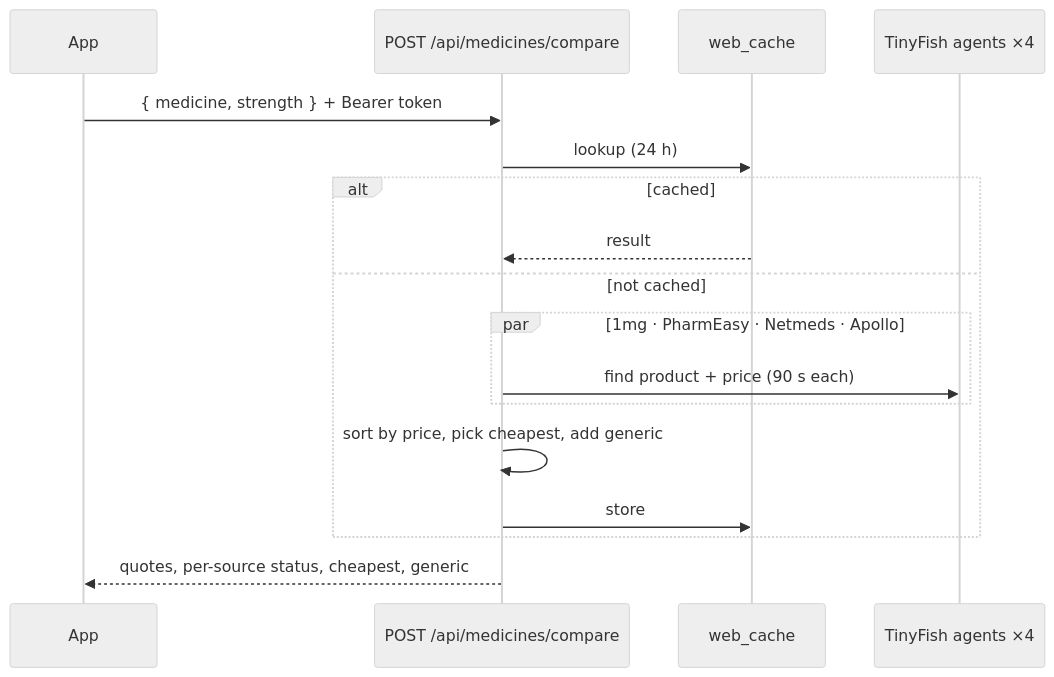
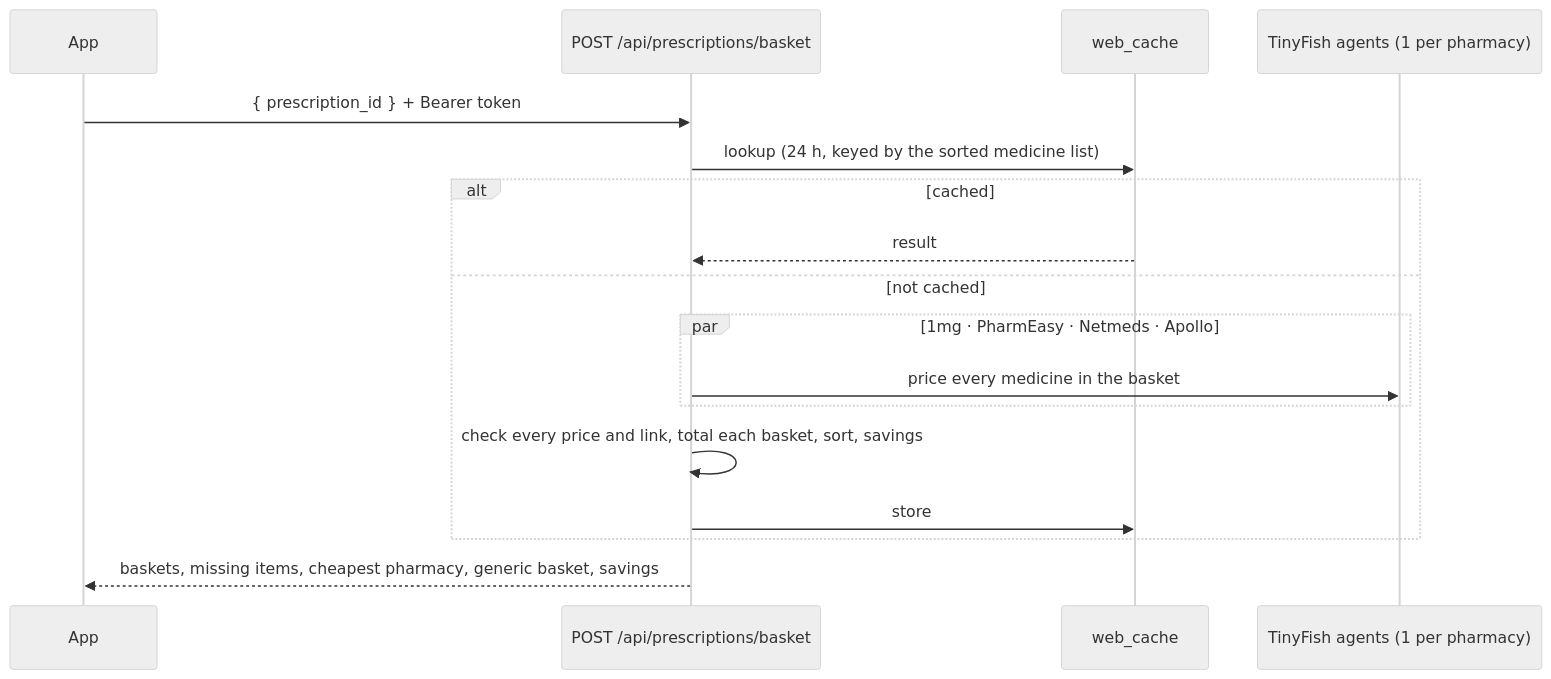
The second of 2 diagrams in ARCHITECTURE.md (AlicanAkyol/vyana), drawn with Mermaid (neutral theme) before and after one commit. The commit also changed other lines of this file and 2 other files, not shown here.

````diff
--- a/ARCHITECTURE.md
+++ b/ARCHITECTURE.md
@@ -68,19 +68,19 @@
 ```mermaid
 sequenceDiagram
   participant App
-  participant API as POST /api/medicines/compare
+  participant API as POST /api/prescriptions/basket
   participant Cache as web_cache
-  participant Agents as TinyFish agents ×4
-  App->>API: { medicine, strength } + Bearer token
-  API->>Cache: lookup (24 h)
+  participant Agents as TinyFish agents (1 per pharmacy)
+  App->>API: { prescription_id } + Bearer token
+  API->>Cache: lookup (24 h, keyed by the sorted medicine list)
   alt cached
     Cache-->>API: result
   else not cached
     par 1mg · PharmEasy · Netmeds · Apollo
-      API->>Agents: find product + price (90 s each)
+      API->>Agents: price every medicine in the basket
     end
-    API->>API: sort by price, pick cheapest, add generic
+    API->>API: check every price and link, total each basket, sort, savings
     API->>Cache: store
   end
-  API-->>App: quotes, per-source status, cheapest, generic
+  API-->>App: baskets, missing items, cheapest pharmacy, generic basket, savings
 ```
````
